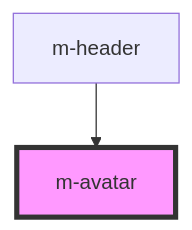
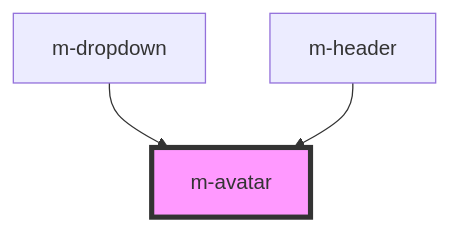
The diagram in src/components/m-avatar/readme.md (CESARBR/macaw), drawn with Mermaid before and after one commit. The commit also changed other lines of this file and 7 other files, not shown here.

````diff
--- a/src/components/m-avatar/readme.md
+++ b/src/components/m-avatar/readme.md
@@ -24,5 +25,6 @@
 ```mermaid
 graph TD;
+  m-dropdown --> m-avatar
   m-header --> m-avatar
   style m-avatar fill:#f9f,stroke:#333,stroke-width:4px
 ```
````
